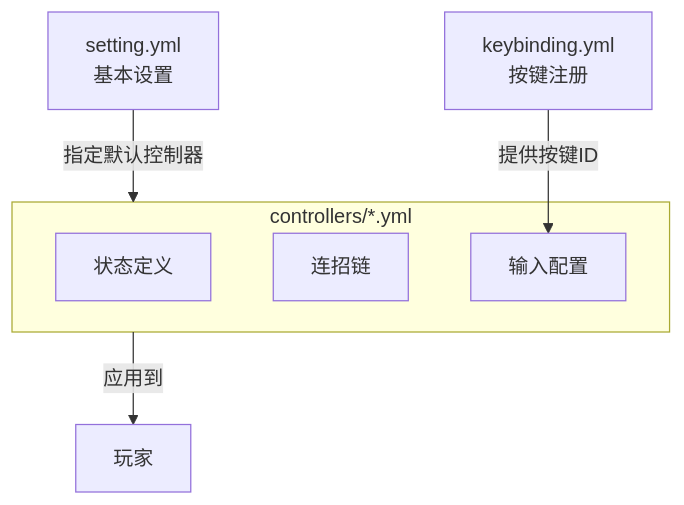
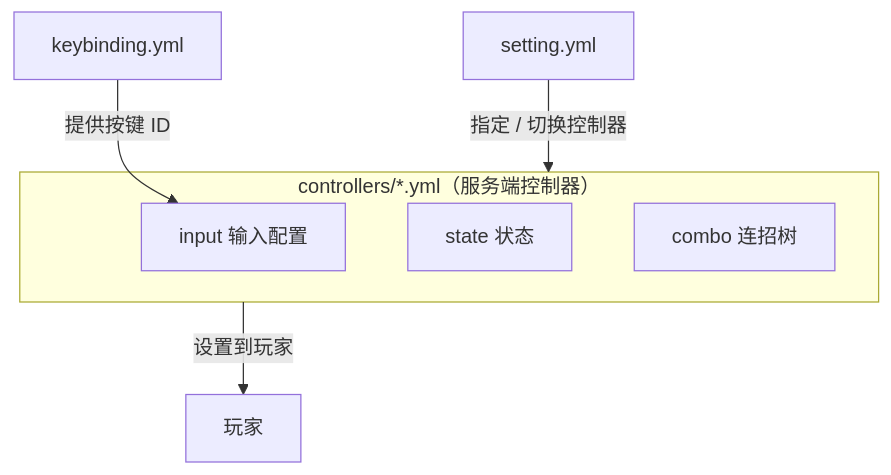
The diagram in content/docs/chronos/3_config.mdx (17Artist/ArcartX-Wiki), drawn with Mermaid before and after one commit. The commit also changed other lines of this file and 26 other files, not shown here.

````diff
--- a/content/docs/chronos/3_config.mdx
+++ b/content/docs/chronos/3_config.mdx
@@ -143,14 +131,13 @@
 ```mermaid
 flowchart TB
-    Setting["setting.yml<br/>基本设置"] --> |"指定默认控制器"| Controller
-    
-    subgraph Controller["controllers/*.yml"]
-        C1["状态定义"]
-        C2["连招链"]
-        C3["输入配置"]
+    Setting["setting.yml"] -->|"指定 / 切换控制器"| Controller
+    Keybinding["keybinding.yml"] -->|"提供按键 ID"| C3
+
+    subgraph Controller["controllers/*.yml（服务端控制器）"]
+        C1["state 状态"]
+        C2["combo 连招树"]
+        C3["input 输入配置"]
     end
-    
-    Keybinding["keybinding.yml<br/>按键注册"] --> |"提供按键ID"| C3
-    
-    Controller --> |"应用到"| Player["玩家"]
+
+    Controller -->|"设置到玩家"| Player["玩家"]
 ```
````
